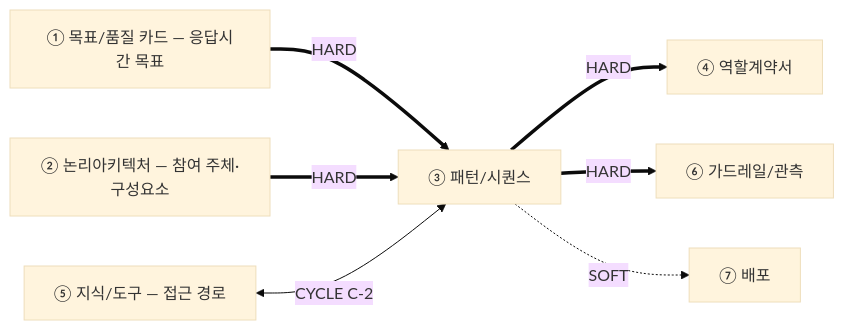
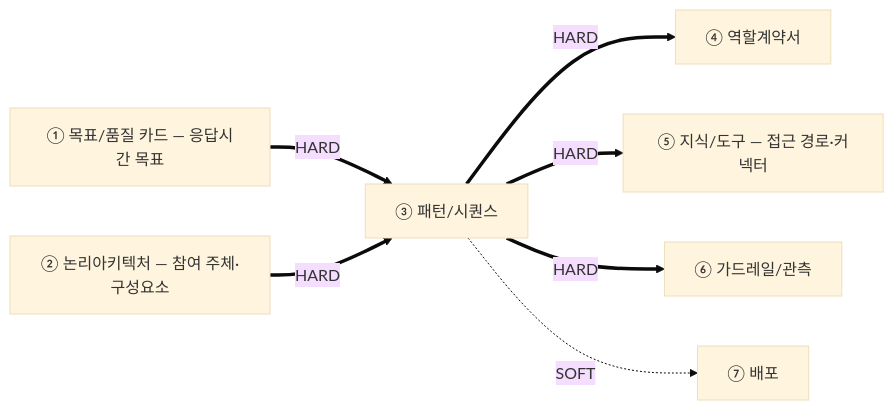
One commit to unicorn-campus/unicorn-skills changed the first of 3 diagrams in design-architecture/guides/03-패턴시퀀스설계-가이드.md. Above: the diagram before and after it, drawn with Mermaid (base theme). The commit also changed other lines of this file and 33 other files, not shown here.

````diff
--- a/design-architecture/guides/03-패턴시퀀스설계-가이드.md
+++ b/design-architecture/guides/03-패턴시퀀스설계-가이드.md
@@ -17,9 +17,9 @@
 ```mermaid
 graph LR
   A["① 목표/품질 카드 — 응답시간 목표"] ==>|HARD| D
   B["② 논리아키텍처 — 참여 주체·구성요소"] ==>|HARD| D
   D["③ 패턴/시퀀스"] ==>|HARD| C["④ 역할계약서"]
+  D ==>|HARD| E["⑤ 지식/도구 — 접근 경로·커넥터"]
   D ==>|HARD| F["⑥ 가드레일/관측"]
-  E["⑤ 지식/도구 — 접근 경로"] <-->|CYCLE C-2| D
   D -.SOFT.-> G["⑦ 배포"]
 ```
````
